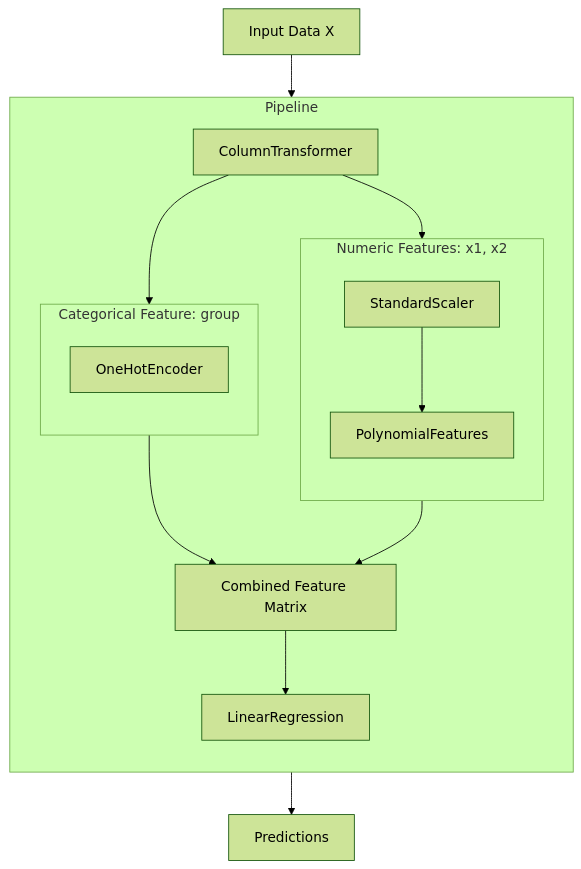
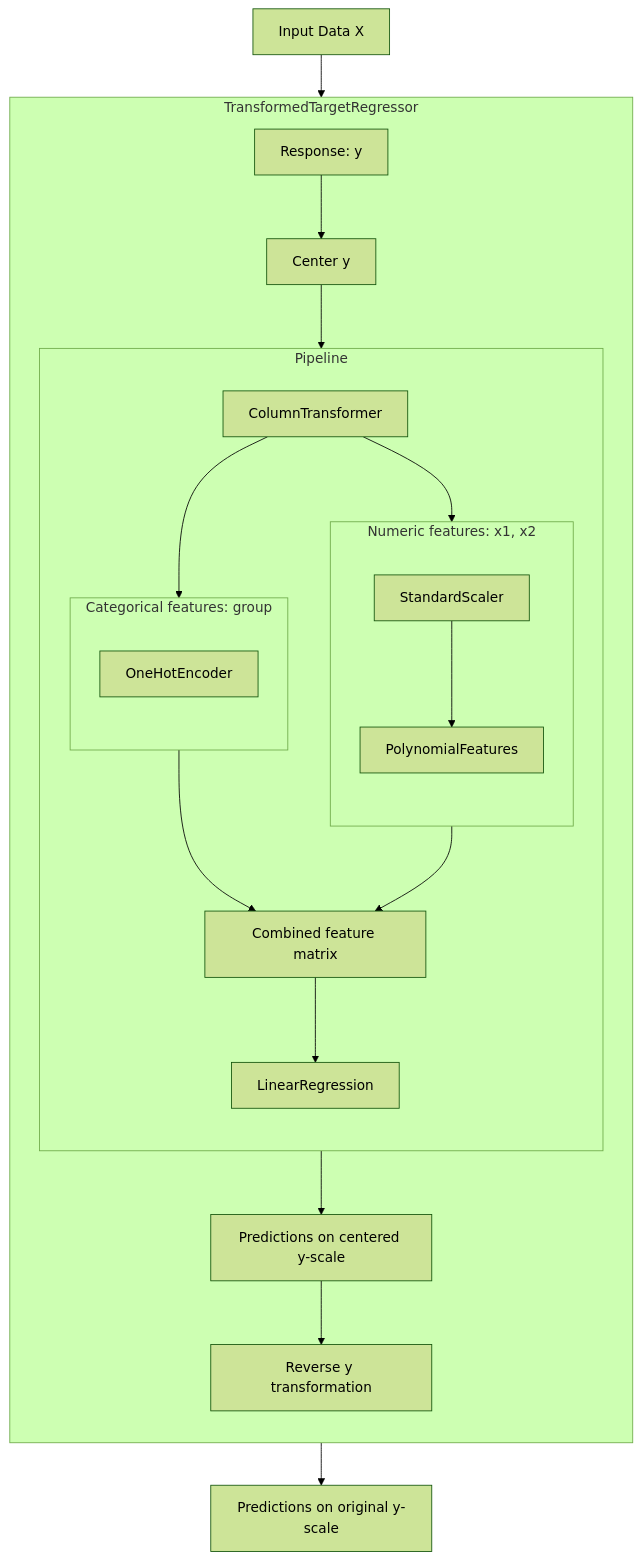
Before and after one commit to xiaoxl/sl26: the diagram in contents/1/lr.qmd, drawn with Mermaid (forest theme). The commit also changed other lines of this file and 31 other files, not shown here.

````diff
--- a/contents/1/lr.qmd
+++ b/contents/1/lr.qmd
@@ -1042,36 +1063,44 @@
 ```{mermaid}
 flowchart TB
 
 A[Input Data X]
+Y[Response: y]
+
+subgraph TTR[TransformedTargetRegressor]
+direction TB
+
+Y --> Y1[Center y]
+Y1 --> P
 
 subgraph P[Pipeline]
-
 direction TB
 
 B[ColumnTransformer]
 
-subgraph N[Numeric Features: x1, x2]
+subgraph N[Numeric features: x1, x2]
 direction TB
 N1[StandardScaler]
 N2[PolynomialFeatures]
 N1 --> N2
 end
 
-subgraph C[Categorical Feature: group]
+subgraph C[Categorical features: group]
 direction TB
 C1[OneHotEncoder]
 end
 
 B --> N
 B --> C
 
-N2 --> D[Combined Feature Matrix]
+N2 --> D[Combined feature matrix]
 C1 --> D
+D --> E[LinearRegression]
+end
 
-D --> E[LinearRegression]
-
+P --> H[Predictions on centered y-scale]
+H --> I[Reverse y transformation]
 end
 
 A --> B
-E --> F[Predictions]
+I --> O[Predictions on original y-scale]
 ```
````
